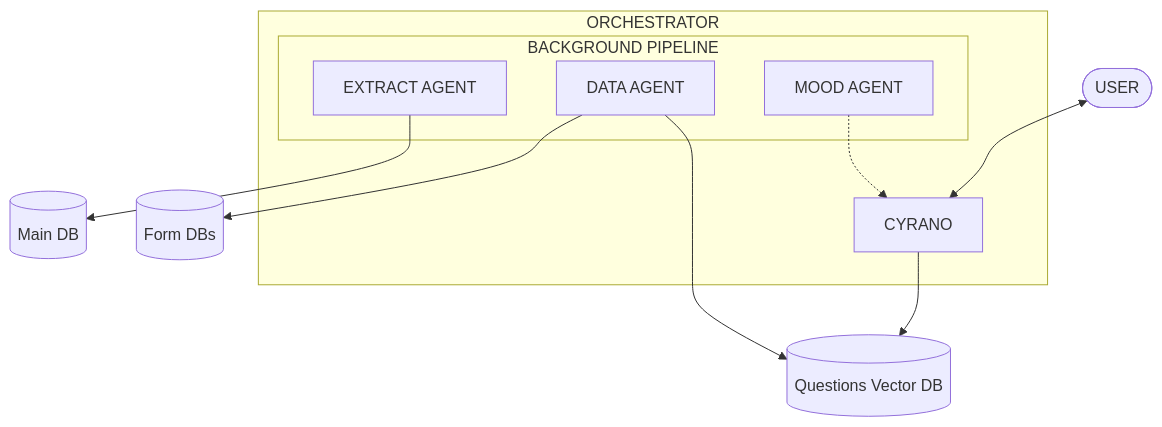
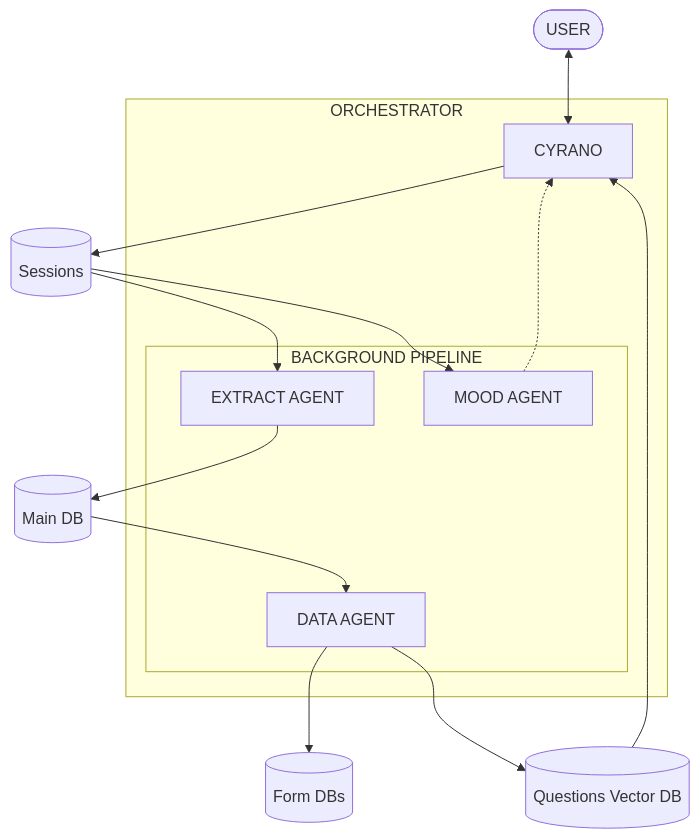
Before and after one commit to deepdmk/cyrano-agent: the diagram in README.md, drawn with Mermaid.

Commit message:
docs: Fix architecture diagram to show session data flow
Add Sessions store to diagram and correct the data flow:
- Cyrano writes to Sessions
- Extract Agent and Mood Agent read from Sessions
- Data Agent reads from Main DB (not Sessions directly)
- Questions Vector DB feeds back to Cyrano

````diff
--- a/README.md
+++ b/README.md
@@ -29,25 +29,30 @@
 ```mermaid
 graph TB
     User(["USER"])
 
     subgraph Orchestrator["ORCHESTRATOR"]
         Cyrano["CYRANO"]
 
         subgraph Pipeline["BACKGROUND PIPELINE"]
             ExtractAgent["EXTRACT AGENT"]
             DataAgent["DATA AGENT"]
             MoodAgent["MOOD AGENT"]
         end
     end
 
-    QuestionsDB[("Questions Vector DB")]
+    Sessions[("Sessions")]
     MainDB[("Main DB")]
     FormDBs[("Form DBs")]
+    QuestionsDB[("Questions Vector DB")]
 
     User <--> Cyrano
-    Cyrano --> QuestionsDB
+    Cyrano --> Sessions
+    Sessions --> ExtractAgent
+    Sessions --> MoodAgent
     ExtractAgent --> MainDB
+    MainDB --> DataAgent
     DataAgent --> FormDBs
     DataAgent --> QuestionsDB
+    QuestionsDB --> Cyrano
     MoodAgent -.-> Cyrano
 ```
````
